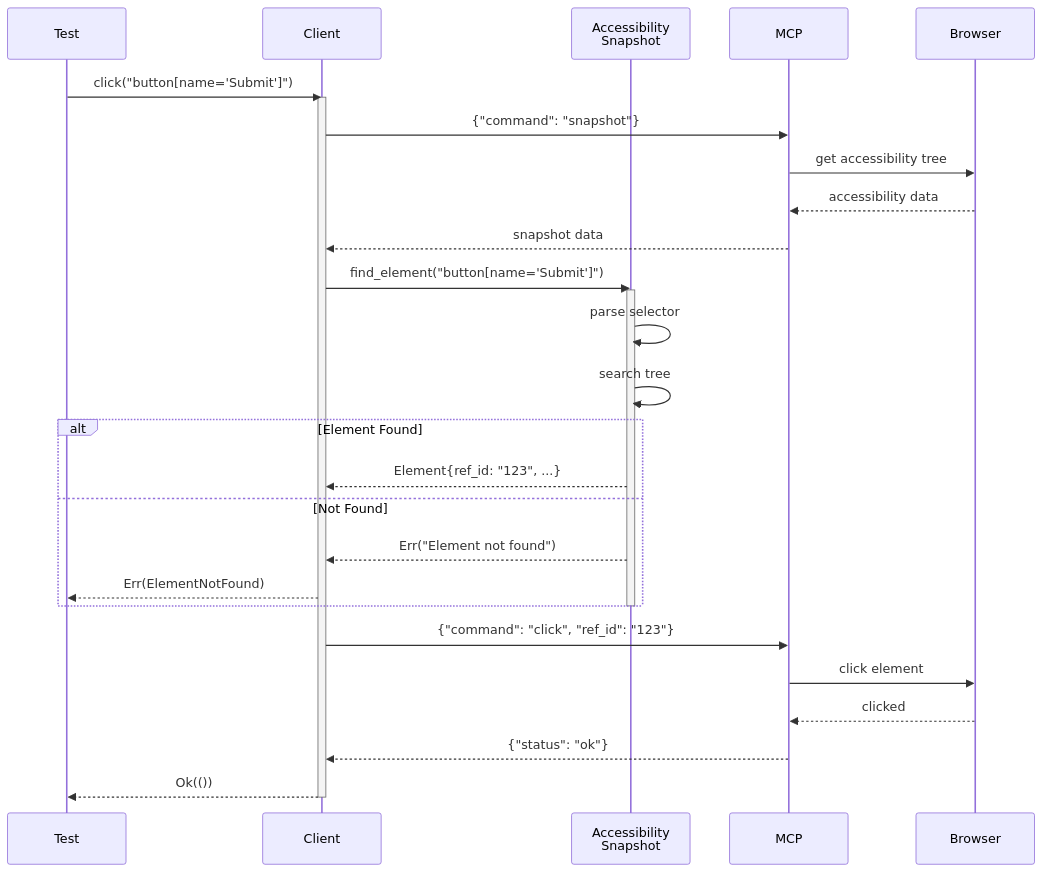
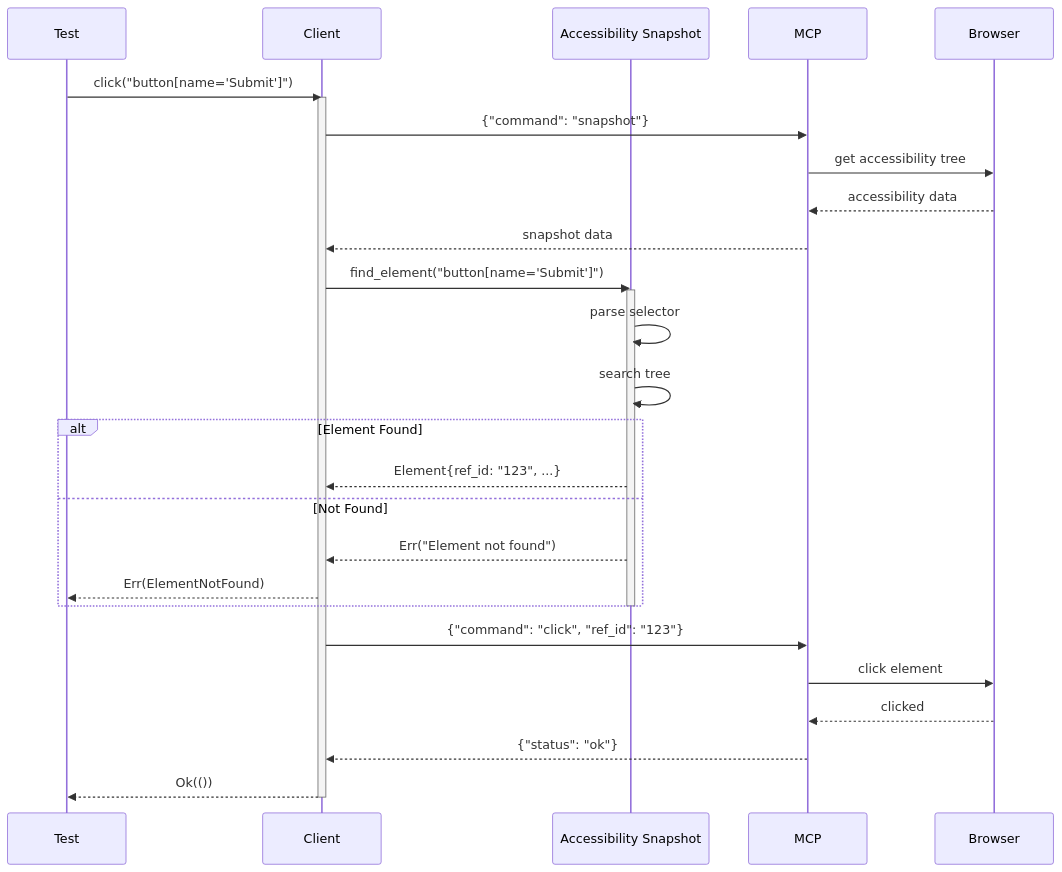
Before and after one commit to softwarewrighter/ui-test-rs: the sixth of 19 diagrams in wiki/Playwright-Client.md, drawn with Mermaid. The commit also changed other lines of this file and 10 other files, not shown here.

First line of the commit message:
Fix wiki Mermaid diagrams: remove <br/> tags

````diff
--- a/wiki/Playwright-Client.md
+++ b/wiki/Playwright-Client.md
@@ -196,37 +196,37 @@
 ```mermaid
 sequenceDiagram
     participant Test
     participant Client
-    participant Snapshot as Accessibility<br/>Snapshot
+    participant Snapshot as Accessibility Snapshot
     participant MCP
     participant Browser
 
     Test->>Client: click("button[name='Submit']")
     activate Client
 
     Client->>MCP: {"command": "snapshot"}
     MCP->>Browser: get accessibility tree
     Browser-->>MCP: accessibility data
     MCP-->>Client: snapshot data
 
     Client->>Snapshot: find_element("button[name='Submit']")
     activate Snapshot
     Snapshot->>Snapshot: parse selector
     Snapshot->>Snapshot: search tree
 
     alt Element Found
         Snapshot-->>Client: Element{ref_id: "123", ...}
     else Not Found
         Snapshot-->>Client: Err("Element not found")
         Client-->>Test: Err(ElementNotFound)
     end
     deactivate Snapshot
 
     Client->>MCP: {"command": "click", "ref_id": "123"}
     MCP->>Browser: click element
     Browser-->>MCP: clicked
     MCP-->>Client: {"status": "ok"}
 
     Client-->>Test: Ok(())
     deactivate Client
 ```
````
